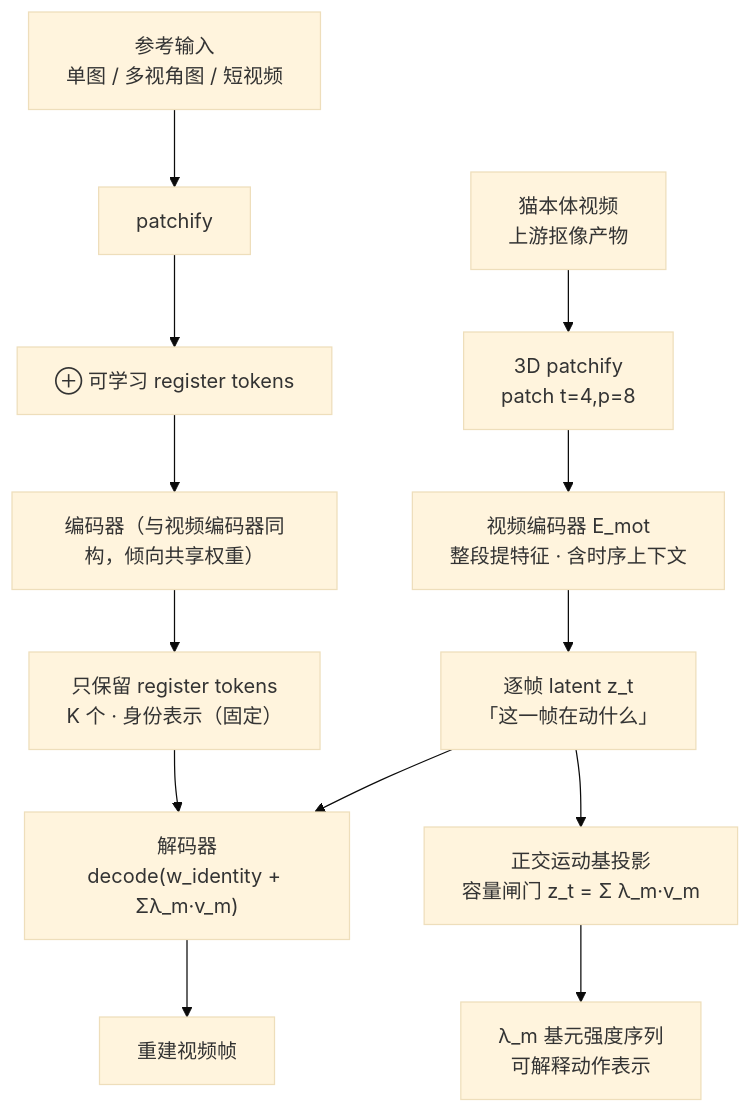
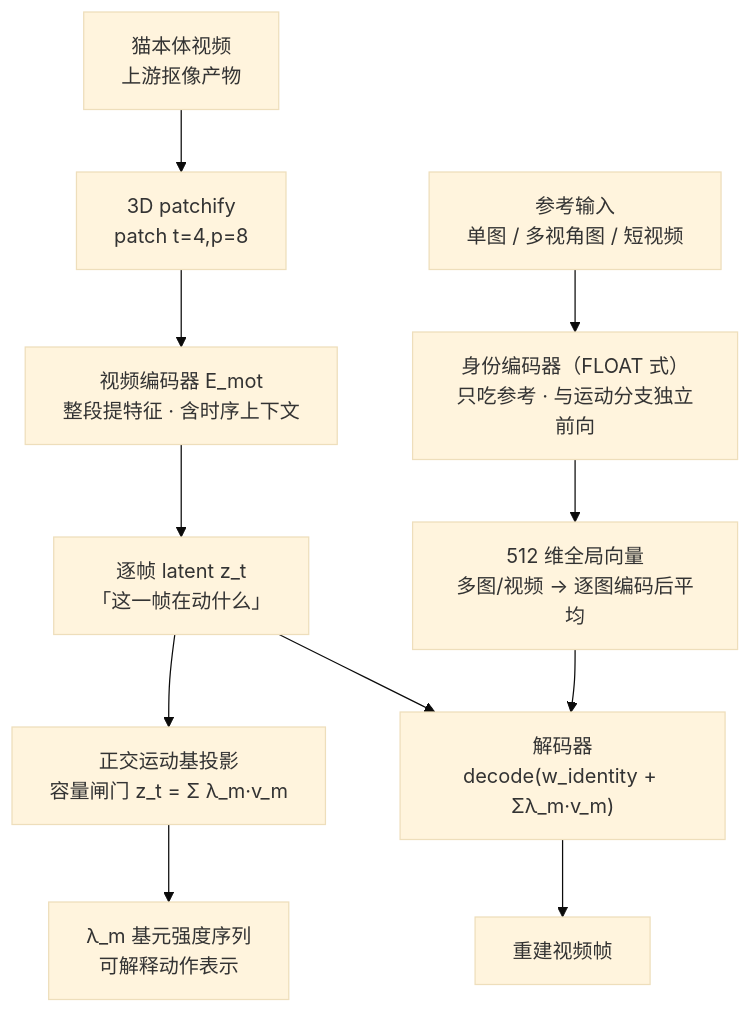
The first of 2 diagrams in management/docs/identity-tokenizer.md (gongshangzheng/pet-action-recognition), drawn with Mermaid (base theme) before and after one commit. The commit also changed other lines of this file and 3 other files, not shown here.

````diff
--- a/management/docs/identity-tokenizer.md
+++ b/management/docs/identity-tokenizer.md
@@ -60,19 +60,17 @@
 ```mermaid
 flowchart TD
-    R["参考输入<br/>单图 / 多视角图 / 短视频"] --> RP[patchify]
-    RP --> RT["⊕ 可学习 register tokens"]
-    RT --> E0["编码器（与视频编码器同构，倾向共享权重）"]
-    E0 --> L["只保留 register tokens<br/>K 个 · 身份表示（固定）"]
+    R["参考输入<br/>单图 / 多视角图 / 短视频"] --> E0["身份编码器（FLOAT 式）<br/>只吃参考 · 与运动分支独立前向"]
+    E0 --> L["512 维全局向量<br/>多图/视频 → 逐图编码后平均"]
 
     A[猫本体视频<br/>上游抠像产物] --> B["3D patchify<br/>patch t=4,p=8"]
     B --> C["视频编码器 E_mot<br/>整段提特征 · 含时序上下文"]
 
     C --> F[逐帧 latent z_t<br/>「这一帧在动什么」]
 
     F --> H["正交运动基投影<br/>容量闸门 z_t = Σ λ_m·v_m"]
     H --> I["λ_m 基元强度序列<br/>可解释动作表示"]
 
     F --> J["解码器<br/>decode(w_identity + Σλ_m·v_m)"]
     L --> J
     J --> K[重建视频帧]
 ```
````
